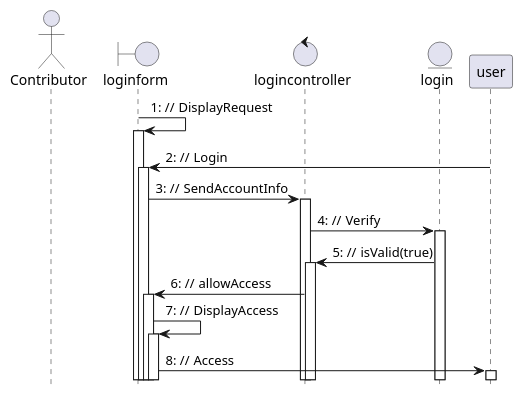
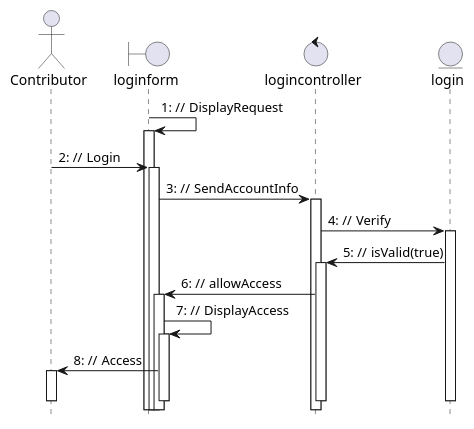
Before and after one commit to McSinyx/ipppi: the fifth of 7 diagrams in source/solution/use-case-analysis.rst, drawn with PlantUML. The commit also changed other lines of this file, not shown here.

```diff
--- a/source/solution/use-case-analysis.rst
+++ b/source/solution/use-case-analysis.rst
@@ -134,19 +134,23 @@
 .. uml::
 
    autonumber "#: //"
    autoactivate on
    hide footbox
 
    actor Contributor
    boundary loginform
    control logincontroller
    entity login
 
-   loginform -> loginform: DisplayRequest
-   user -> loginform: Login
-   loginform -> logincontroller: SendAccountInfo
-   logincontroller->login:Verify
-   login->logincontroller:isValid(true)
-   logincontroller->loginform:allowAccess
-   loginform->loginform:DisplayAccess
-   loginform->user:Access
+   loginform -> loginform : DisplayRequest
+   Contributor -> loginform : Login
+   loginform -> logincontroller : SendAccountInfo
+   logincontroller -> login : Verify
+   login -> logincontroller : isValid(true)
+   logincontroller -> loginform : allowAccess
+   loginform -> loginform : DisplayAccess
+   loginform -> Contributor : Access
+   deactivate login
+   deactivate logincontroller
+   deactivate loginform
+   deactivate Contributor
```
